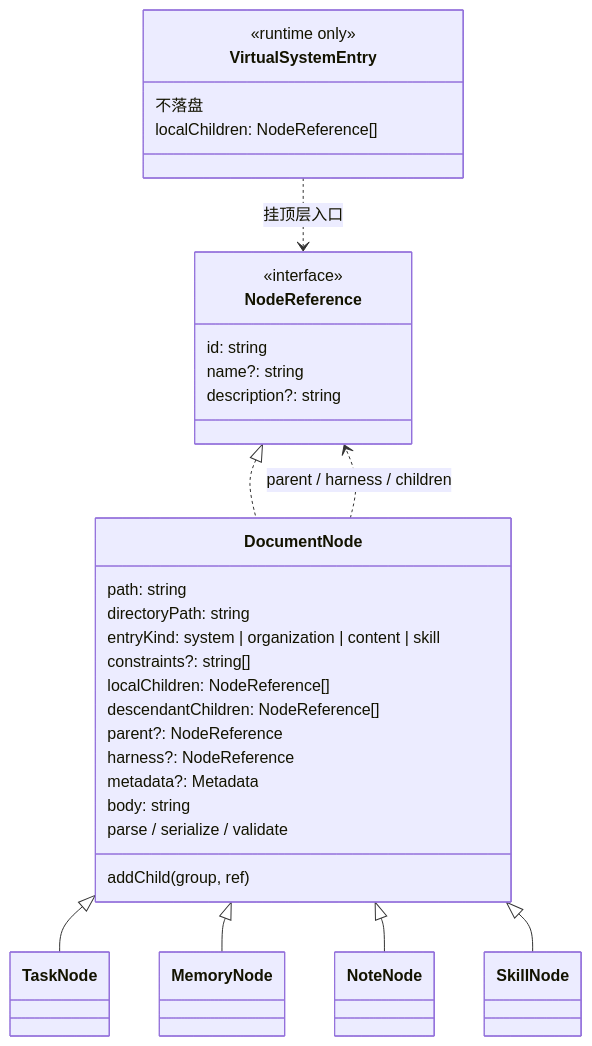
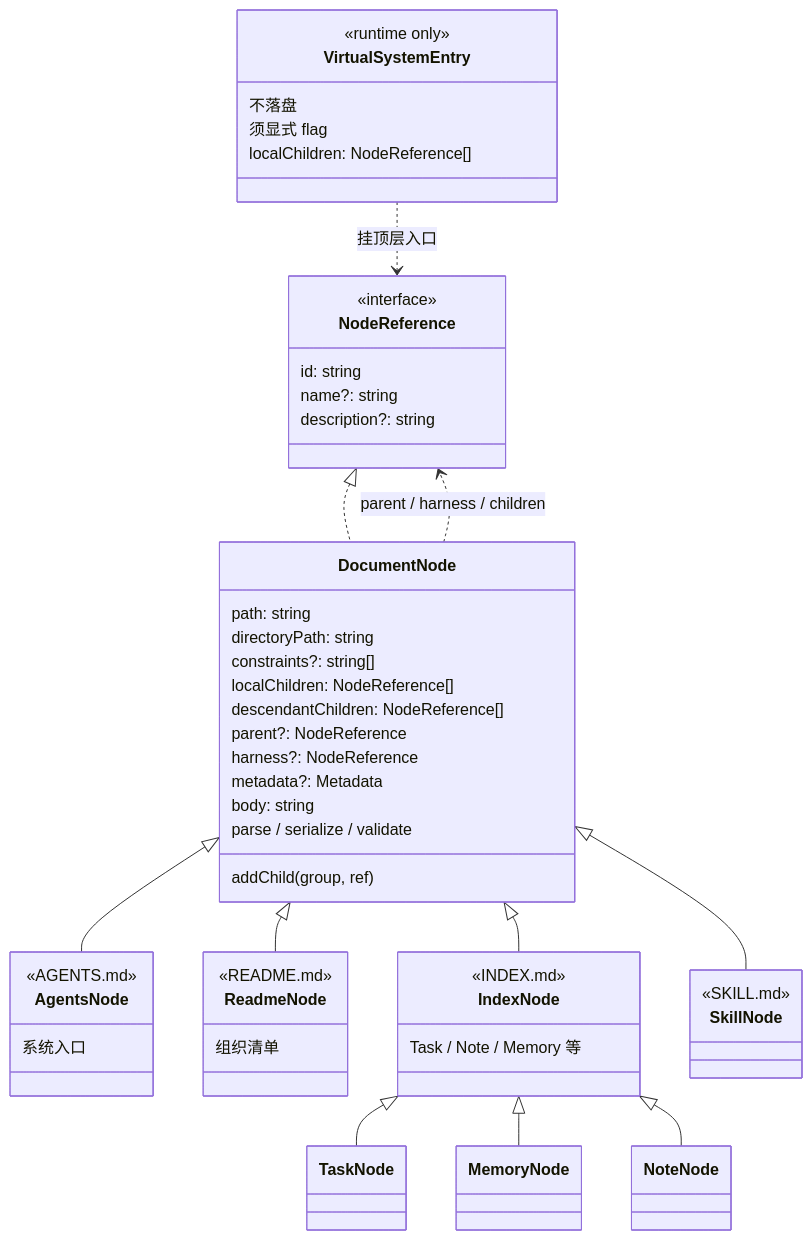
The second of 5 diagrams in docs/superpowers/specs/2026-10-06-recursive-system-two-entries-design.md (VirusPC/edges), drawn with Mermaid before and after one commit. The commit also changed other lines of this file and 4 other files, not shown here.

````diff
--- a/docs/superpowers/specs/2026-10-06-recursive-system-two-entries-design.md
+++ b/docs/superpowers/specs/2026-10-06-recursive-system-two-entries-design.md
@@ -44,42 +49,56 @@
 ```mermaid
 classDiagram
   class NodeReference {
     <<interface>>
     id: string
     name?: string
     description?: string
   }
 
   class DocumentNode {
     path: string
     directoryPath: string
-    entryKind: system | organization | content | skill
     constraints?: string[]
     localChildren: NodeReference[]
     descendantChildren: NodeReference[]
     parent?: NodeReference
     harness?: NodeReference
     metadata?: Metadata
     body: string
     addChild(group, ref)
     parse / serialize / validate
   }
 
-  class TaskNode
-  class MemoryNode
-  class NoteNode
-  class SkillNode
+  class AgentsNode {
+    <<AGENTS.md>>
+    系统入口
+  }
+  class ReadmeNode {
+    <<README.md>>
+    组织清单
+  }
+  class IndexNode {
+    <<INDEX.md>>
+    Task / Note / Memory 等
+  }
+  class SkillNode {
+    <<SKILL.md>>
+  }
   class VirtualSystemEntry {
     <<runtime only>>
     不落盘
+    须显式 flag
     localChildren: NodeReference[]
   }
 
   NodeReference <|.. DocumentNode
-  DocumentNode <|-- TaskNode
-  DocumentNode <|-- MemoryNode
-  DocumentNode <|-- NoteNode
+  DocumentNode <|-- AgentsNode
+  DocumentNode <|-- ReadmeNode
+  DocumentNode <|-- IndexNode
   DocumentNode <|-- SkillNode
+  IndexNode <|-- TaskNode
+  IndexNode <|-- MemoryNode
+  IndexNode <|-- NoteNode
   DocumentNode ..> NodeReference : parent / harness / children
   VirtualSystemEntry ..> NodeReference : 挂顶层入口
 ```
````
